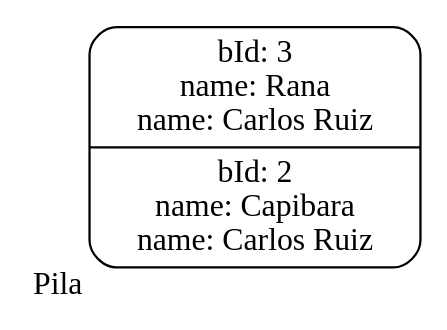
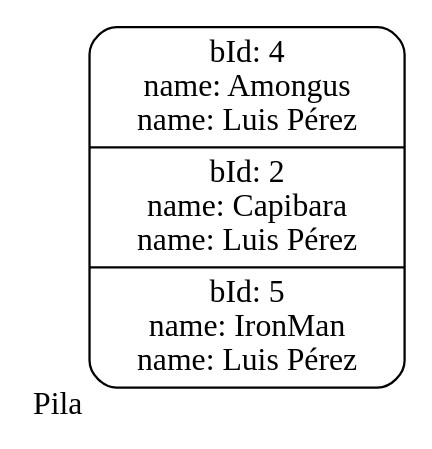
Before and after one commit to marcosbondel/IPC2_ProyectoVD2024_202202410: the diagram in Proyecto1/dot_reports/pile_IPC-001.dot, drawn with Graphviz. The commit also changed 15 other files, not shown here.

```diff
--- a/Proyecto1/dot_reports/pile_IPC-001.dot
+++ b/Proyecto1/dot_reports/pile_IPC-001.dot
@@ -1,5 +1,5 @@
 digraph G {
             rankdir=LR;
             node[shape=Mrecord];
-        Pila[xlabel="Pila" label="bId: 3\nname: Rana\nname: Carlos Ruiz\n|bId: 2\nname: Capibara\nname: Carlos Ruiz\n"];
+        Pila[xlabel="Pila" label="bId: 4\nname: Amongus\nname: Luis Pérez\n|bId: 2\nname: Capibara\nname: Luis Pérez\n|bId: 5\nname: IronMan\nname: Luis Pérez\n"];
 }
```
